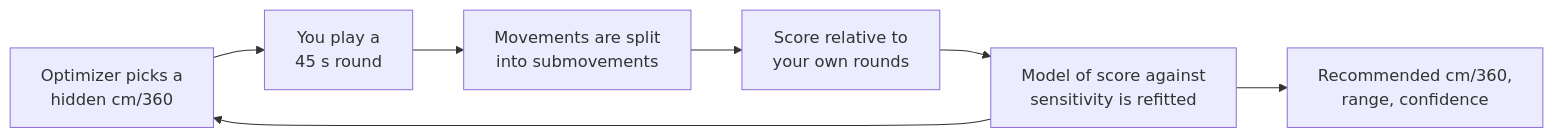
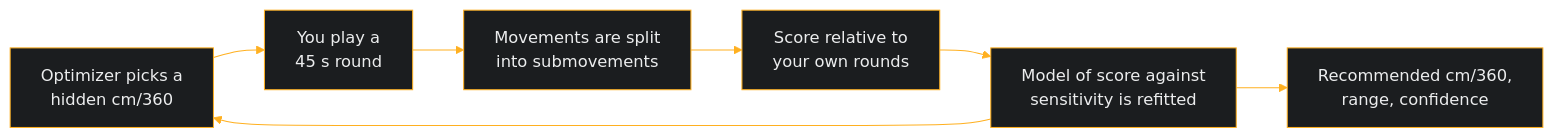
One commit to veqzo/Aim-Tuner changed the diagram in README.md. Above: the diagram before and after it, drawn with Mermaid. The commit also changed other lines of this file and 17 other files, not shown here.

````diff
--- a/README.md
+++ b/README.md
@@ -89,9 +143,10 @@
 ```mermaid
+%%{init: {'theme':'base','themeVariables':{'background':'#121314','primaryColor':'#1B1D1F','primaryTextColor':'#ECEDEE','primaryBorderColor':'#FFB020','lineColor':'#FFB020','secondaryColor':'#0D0E0F','tertiaryColor':'#1B1D1F','fontFamily':'Inter, Segoe UI, sans-serif'}}}%%
 flowchart LR
     A["Optimizer picks a<br/>hidden cm/360"] --> B["You play a<br/>45 s round"]
     B --> C["Movements are split<br/>into submovements"]
     C --> D["Score relative to<br/>your own rounds"]
     D --> E["Model of score against<br/>sensitivity is refitted"]
     E --> A
     E --> F["Recommended cm/360,<br/>range, confidence"]
 ```
````
